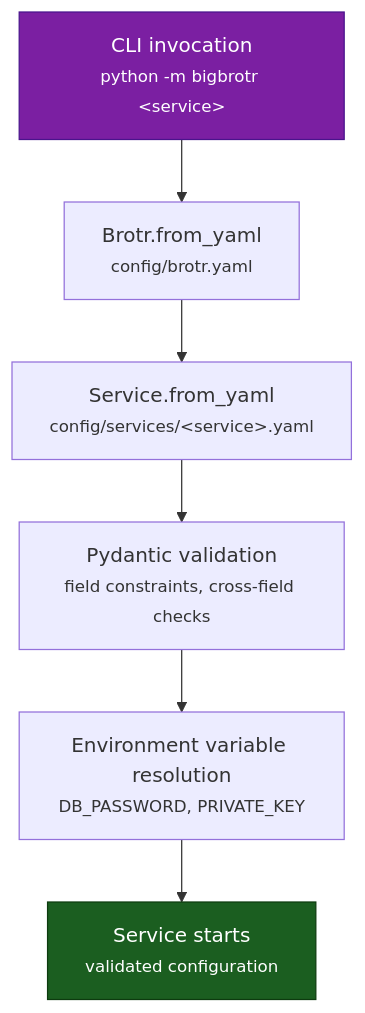
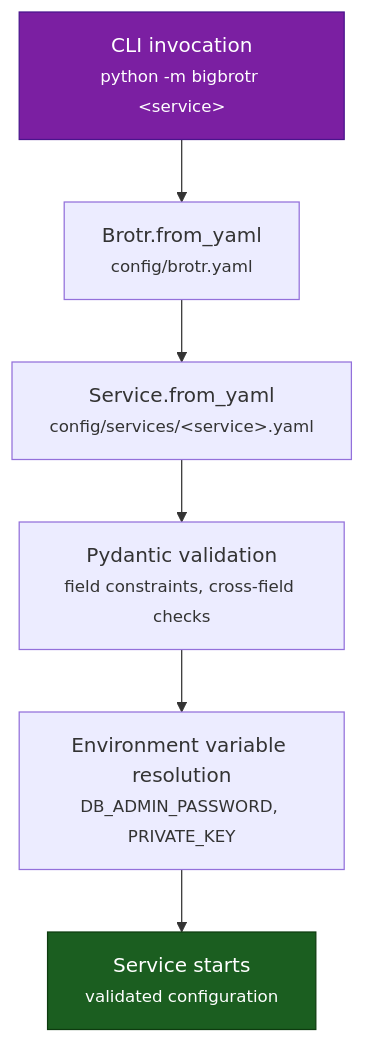
One commit to BigBrotr/bigbrotr changed the diagram in docs/user-guide/configuration.md. Above: the diagram before and after it, drawn with Mermaid. The commit also changed other lines of this file and 9 other files, not shown here.

````diff
--- a/docs/user-guide/configuration.md
+++ b/docs/user-guide/configuration.md
@@ -18,11 +18,11 @@
 ```mermaid
 flowchart TD
     A["CLI invocation<br/><small>python -m bigbrotr &lt;service&gt;</small>"] --> B["Brotr.from_yaml<br/><small>config/brotr.yaml</small>"]
     B --> C["Service.from_yaml<br/><small>config/services/&lt;service&gt;.yaml</small>"]
     C --> D["Pydantic validation<br/><small>field constraints, cross-field checks</small>"]
-    D --> E["Environment variable resolution<br/><small>DB_PASSWORD, PRIVATE_KEY</small>"]
+    D --> E["Environment variable resolution<br/><small>DB_ADMIN_PASSWORD, PRIVATE_KEY</small>"]
     E --> F["Service starts<br/><small>validated configuration</small>"]
 
     style A fill:#7B1FA2,color:#fff,stroke:#4A148C
     style F fill:#1B5E20,color:#fff,stroke:#0D3B0F
 ```
````
